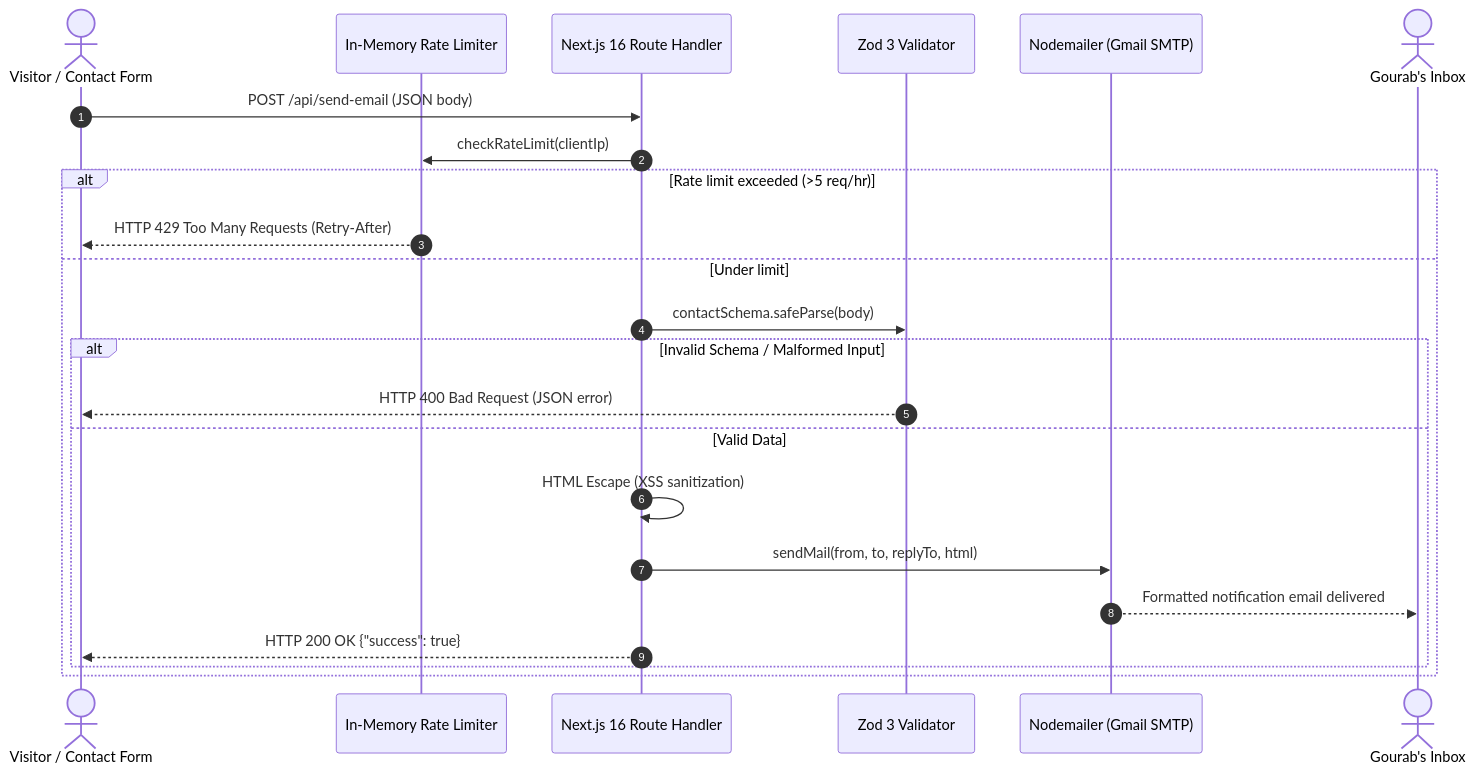
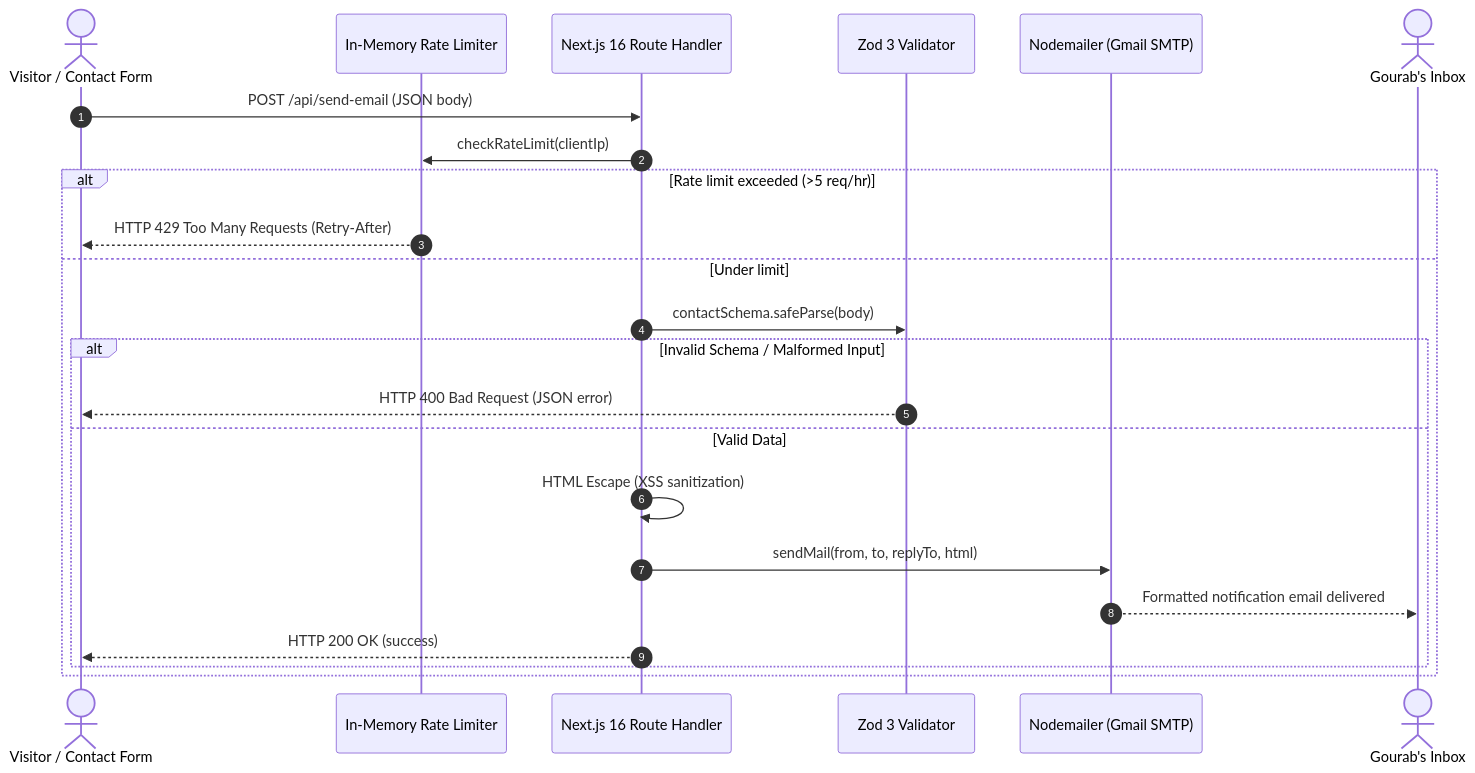
Before and after one commit to assignment-sets/portfolio: the diagram in docs/api/contact-email.md, drawn with Mermaid. The commit also changed 12 other files, not shown here.

````diff
--- a/docs/api/contact-email.md
+++ b/docs/api/contact-email.md
@@ -11,26 +11,26 @@
 ```mermaid
 sequenceDiagram
     autonumber
     actor Visitor as Visitor / Contact Form
     participant Limiter as In-Memory Rate Limiter
     participant Route as Next.js 16 Route Handler
     participant Zod as Zod 3 Validator
     participant SMTP as Nodemailer (Gmail SMTP)
     actor Inbox as Gourab's Inbox
 
     Visitor->>Route: POST /api/send-email (JSON body)
     Route->>Limiter: checkRateLimit(clientIp)
     alt Rate limit exceeded (>5 req/hr)
         Limiter-->>Visitor: HTTP 429 Too Many Requests (Retry-After)
     else Under limit
         Route->>Zod: contactSchema.safeParse(body)
         alt Invalid Schema / Malformed Input
             Zod-->>Visitor: HTTP 400 Bad Request (JSON error)
         else Valid Data
             Route->>Route: HTML Escape (XSS sanitization)
             Route->>SMTP: sendMail(from, to, replyTo, html)
             SMTP-->>Inbox: Formatted notification email delivered
-            Route-->>Visitor: HTTP 200 OK {"success": true}
+            Route-->>Visitor: HTTP 200 OK (success)
         end
     end
 ```
````
